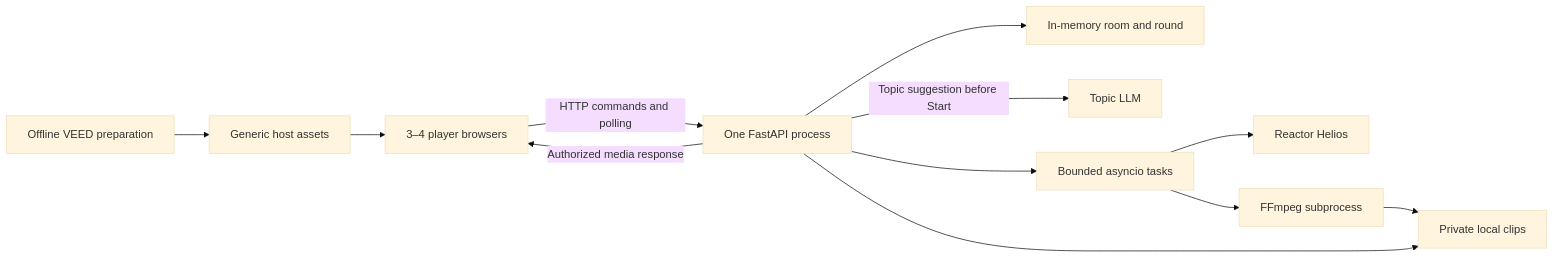
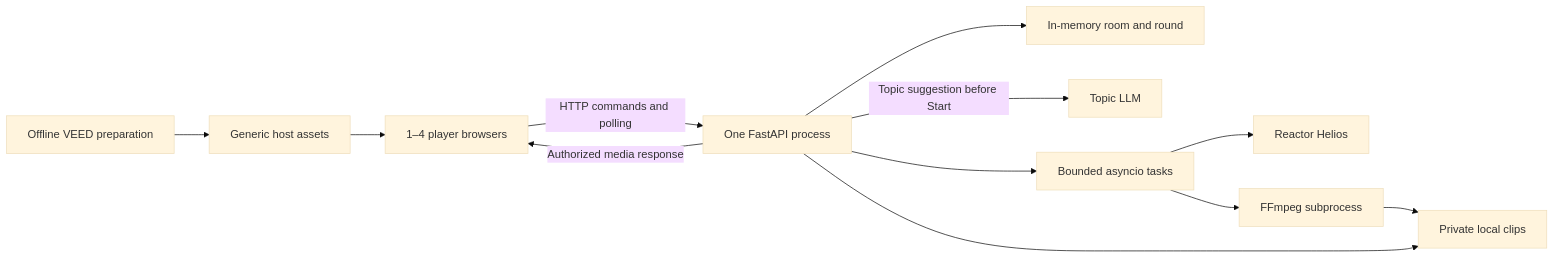
The diagram in docs/games/prompt-royale/tech-stack.md (CoralLeiCN/VIbeParty), drawn with Mermaid (base theme) before and after one commit. The commit also changed other lines of this file and 15 other files, not shown here.

````diff
--- a/docs/games/prompt-royale/tech-stack.md
+++ b/docs/games/prompt-royale/tech-stack.md
@@ -53,14 +53,14 @@
 ```mermaid
 flowchart LR
-    Phones[3–4 player browsers] -->|HTTP commands and polling| App[One FastAPI process]
+    Phones[1–4 player browsers] -->|HTTP commands and polling| App[One FastAPI process]
     App --> State[In-memory room and round]
     App -->|Topic suggestion before Start| LLM[Topic LLM]
     App --> Tasks[Bounded asyncio tasks]
     Tasks --> Reactor[Reactor Helios]
     Tasks --> FFmpeg[FFmpeg subprocess]
     FFmpeg --> Files[Private local clips]
     App -->|Authorized media response| Phones
     App --> Files
     VEED[Offline VEED preparation] --> Static[Generic host assets]
     Static --> Phones
 ```
````
